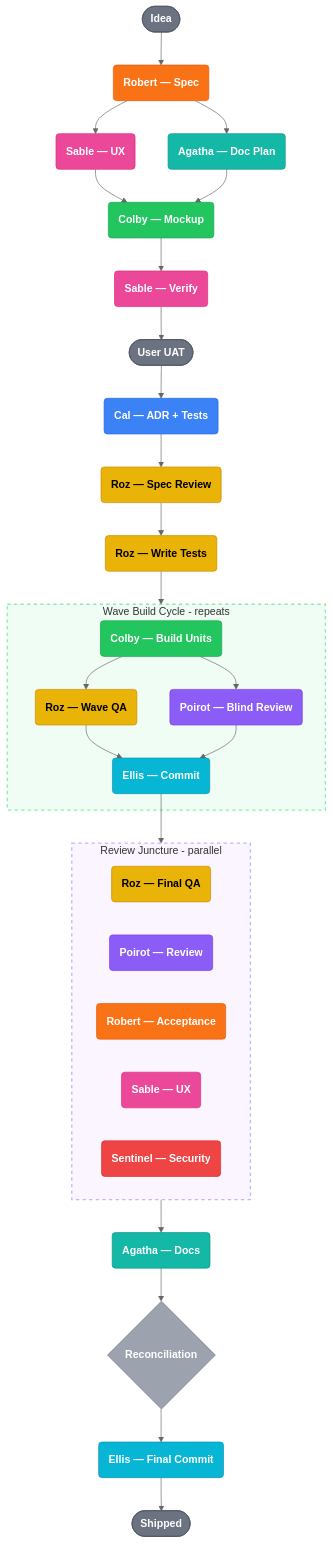
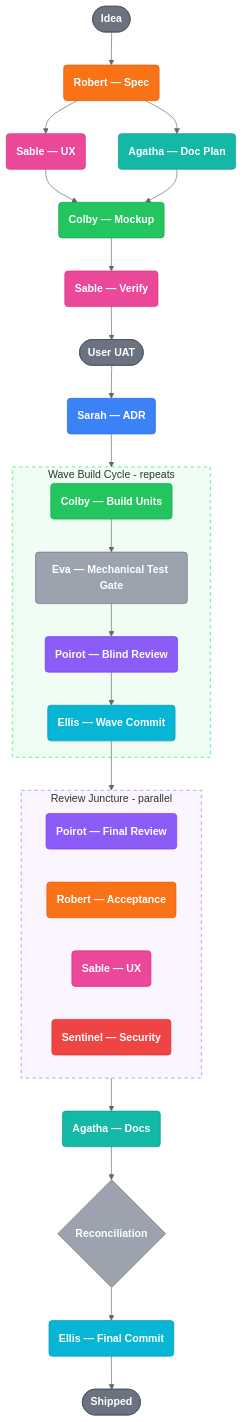
Before and after one commit to robertsfeir/atelier-pipeline: the diagram in README.md, drawn with Mermaid (neutral theme). The commit also changed other lines of this file and 79 other files, not shown here.

First line of the commit message:
feat(release): v4.1.0 — mechanical brain-capture gate + naming debt cleanup

````diff
--- a/README.md
+++ b/README.md
@@ -171,53 +167,48 @@
 ```mermaid
 flowchart TD
     IDEA([Idea]):::system --> ROBERT(Robert — Spec):::robert
     ROBERT --> SABLE_UX(Sable — UX):::sable
     ROBERT --> AGATHA_PLAN(Agatha — Doc Plan):::agatha
     SABLE_UX --> COLBY_MOCK(Colby — Mockup):::colby
     AGATHA_PLAN --> COLBY_MOCK
     COLBY_MOCK --> SABLE_V(Sable — Verify):::sable
     SABLE_V --> UAT([User UAT]):::user
-    UAT --> CAL(Cal — ADR + Tests):::cal
-    CAL --> ROZ_SPEC(Roz — Spec Review):::roz
-    ROZ_SPEC --> ROZ_WRITE(Roz — Write Tests):::roz
+    UAT --> SARAH(Sarah — ADR):::sarah
 
-    ROZ_WRITE --> BUILD
+    SARAH --> BUILD
 
     subgraph BUILD [Wave Build Cycle - repeats]
-        COLBY_B(Colby — Build Units):::colby --> QA_SPLIT
-        QA_SPLIT(Roz — Wave QA):::roz --> ELLIS_W(Ellis — Commit):::ellis
-        POIROT_W(Poirot — Blind Review):::poirot --> ELLIS_W
-        COLBY_B --> POIROT_W
+        COLBY_B(Colby — Build Units):::colby --> GATE(Eva — Mechanical Test Gate):::gate
+        GATE --> POIROT_W(Poirot — Blind Review):::poirot
+        POIROT_W --> ELLIS_W(Ellis — Wave Commit):::ellis
     end
 
     ELLIS_W --> REVIEW
 
     subgraph REVIEW [Review Juncture - parallel]
-        ROZ_F(Roz — Final QA):::roz
-        POIROT_F(Poirot — Review):::poirot
+        POIROT_F(Poirot — Final Review):::poirot
         ROBERT_F(Robert — Acceptance):::robert
         SABLE_F(Sable — UX):::sable
         SENTINEL_F(Sentinel — Security):::sentinel
     end
 
     REVIEW --> AGATHA(Agatha — Docs):::agatha
     AGATHA --> RECONCILE{Reconciliation}:::gate
     RECONCILE --> ELLIS_F(Ellis — Final Commit):::ellis
     ELLIS_F --> DONE([Shipped]):::user
 
-    classDef cal fill:#3b82f6,stroke:#2563eb,color:#fff,font-weight:bold
+    classDef sarah fill:#3b82f6,stroke:#2563eb,color:#fff,font-weight:bold
     classDef colby fill:#22c55e,stroke:#16a34a,color:#fff,font-weight:bold
-    classDef roz fill:#eab308,stroke:#ca8a04,color:#000,font-weight:bold
     classDef ellis fill:#06b6d4,stroke:#0891b2,color:#fff,font-weight:bold
     classDef robert fill:#f97316,stroke:#ea580c,color:#fff,font-weight:bold
     classDef sable fill:#ec4899,stroke:#db2777,color:#fff,font-weight:bold
     classDef poirot fill:#8b5cf6,stroke:#7c3aed,color:#fff,font-weight:bold
     classDef agatha fill:#14b8a6,stroke:#0d9488,color:#fff,font-weight:bold
     classDef sentinel fill:#ef4444,stroke:#dc2626,color:#fff,font-weight:bold
     classDef system fill:#6b7280,stroke:#4b5563,color:#fff,font-weight:bold
     classDef user fill:#6b7280,stroke:#4b5563,color:#fff,font-weight:bold
     classDef gate fill:#9ca3af,stroke:#6b7280,color:#fff,font-weight:bold
 
     style BUILD fill:#f0fdf4,stroke:#86efac,stroke-width:2px,stroke-dasharray:5 5
     style REVIEW fill:#faf5ff,stroke:#c4b5fd,stroke-width:2px,stroke-dasharray:5 5
 ```
````
